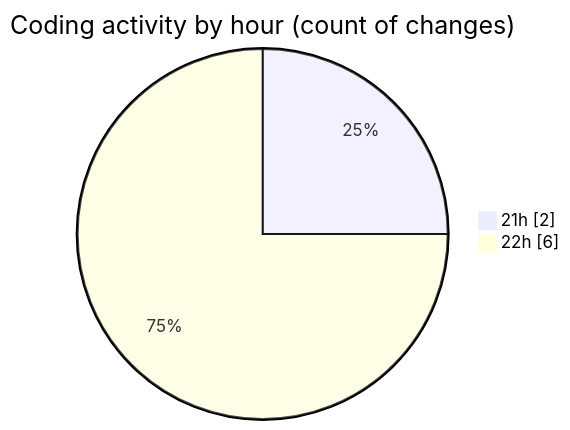
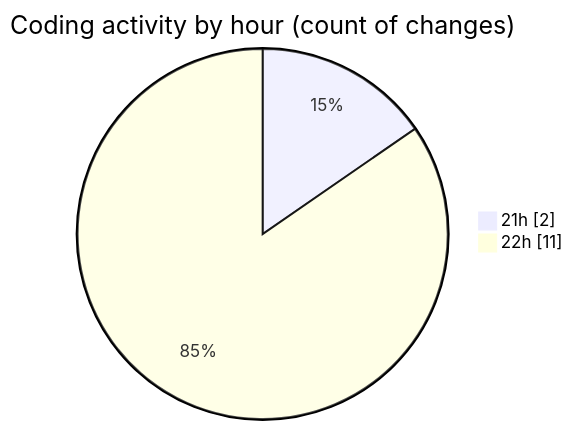
One commit to Elitesun/code-tracking changed the second of 2 diagrams in 2025-02-20/projet/README.md. Above: the diagram before and after it, drawn with Mermaid. The commit also changed other lines of this file and 1 other file, not shown here.

````diff
--- a/2025-02-20/projet/README.md
+++ b/2025-02-20/projet/README.md
@@ -30,6 +32,6 @@
 ```mermaid
 pie showData
 title Coding activity by hour (count of changes)
 "21h" : 2
-"22h" : 6
+"22h" : 11
 ```
````
